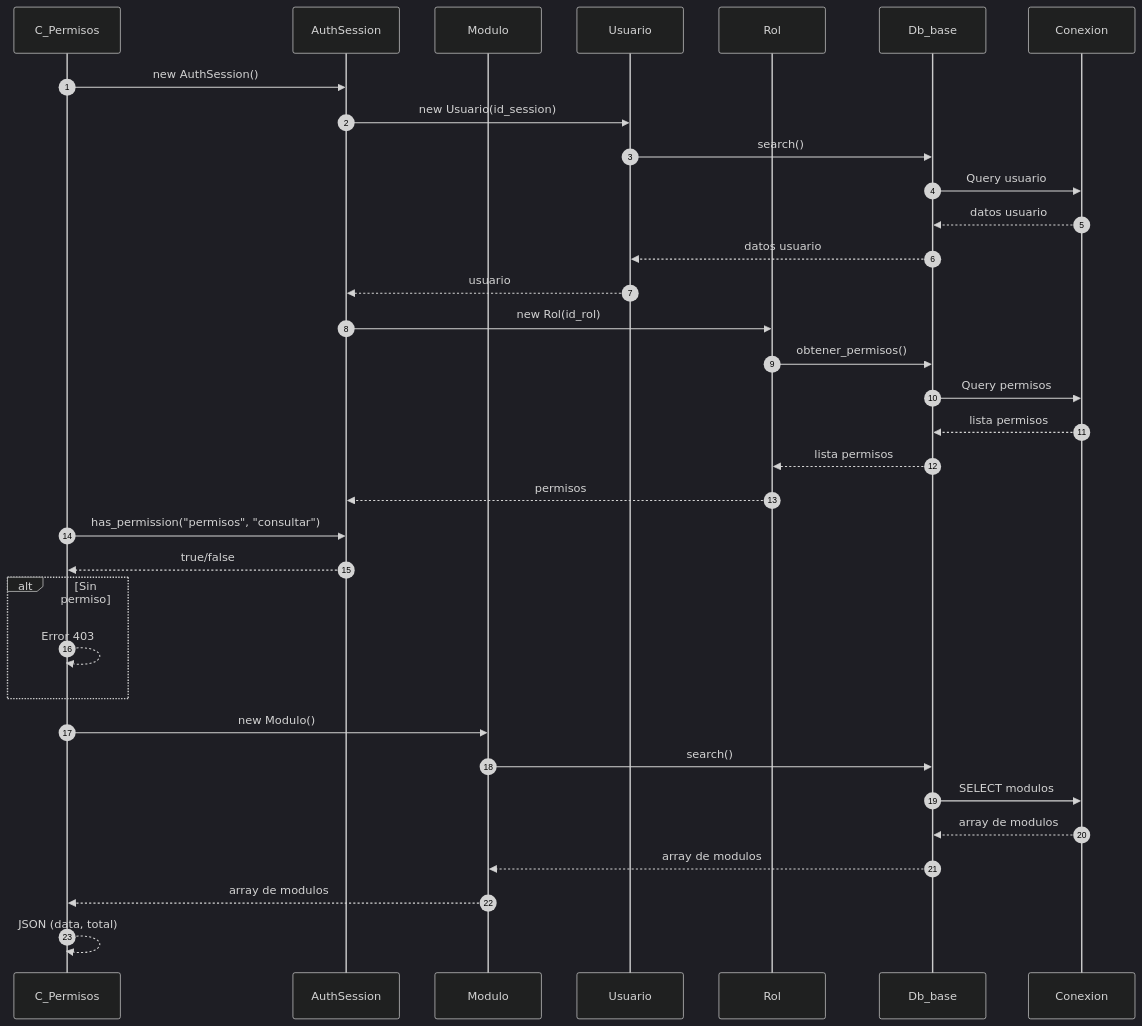
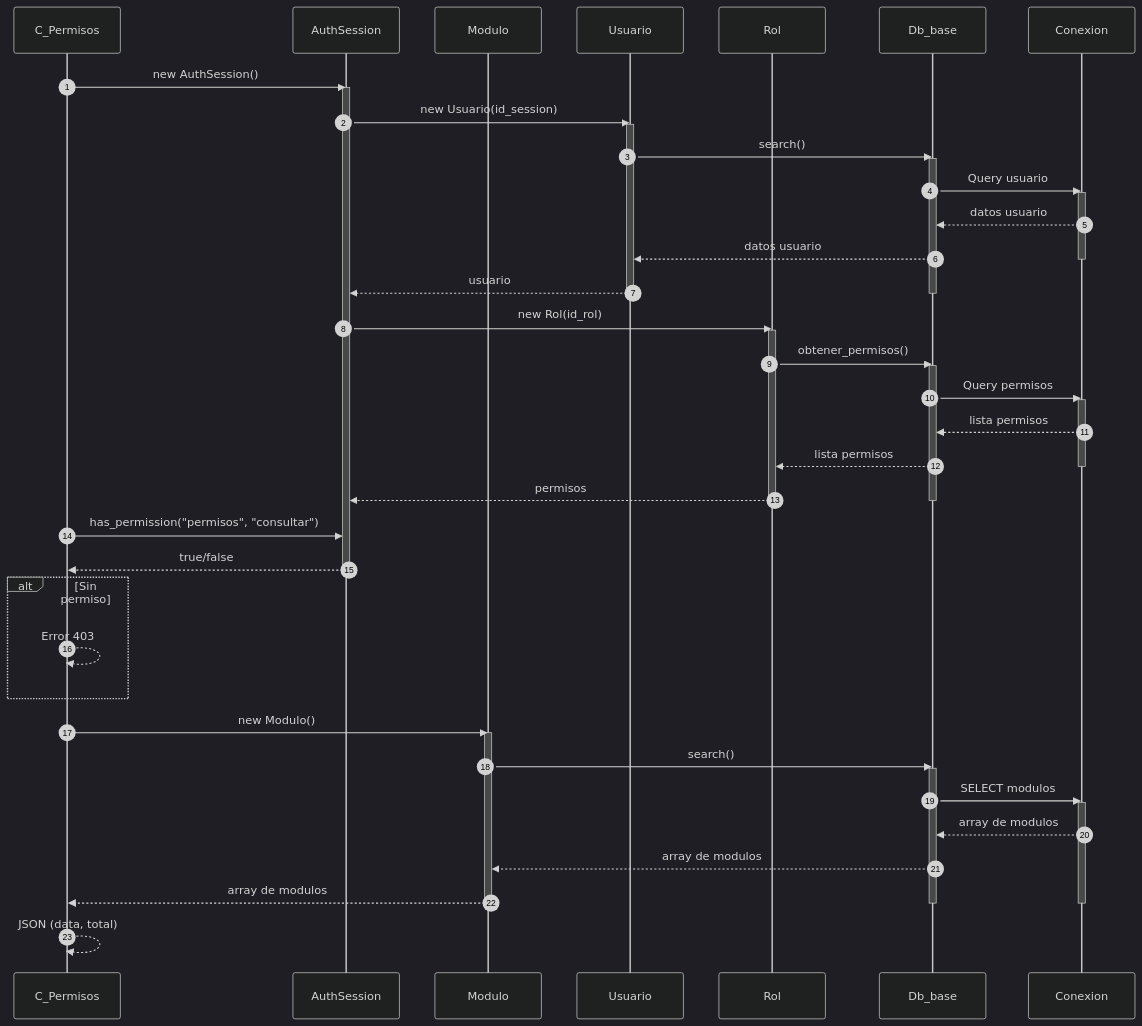
Before and after one commit to Tecrato/BurgerHouse: the first of 4 diagrams in docs/secuencia/permisos/permisos.md, drawn with Mermaid (dark theme). The commit also changed other lines of this file and 16 other files, not shown here.

First line of the commit message:
Annotate mermaid sequences & throttle generator

````diff
--- a/docs/secuencia/permisos/permisos.md
+++ b/docs/secuencia/permisos/permisos.md
@@ -5,42 +5,62 @@
 ```mermaid
 sequenceDiagram
     autonumber
     participant C_Permisos as C_Permisos
     participant AuthSession as AuthSession
     participant Modulo as Modulo
     participant Usuario as Usuario
     participant Rol as Rol
     participant Db_base as Db_base
     participant Conexion as Conexion
     
     C_Permisos->>AuthSession: new AuthSession()
+    activate AuthSession
     AuthSession->>Usuario: new Usuario(id_session)
+    activate Usuario
     Usuario->>Db_base: search()
+    activate Db_base
     Db_base->>Conexion: Query usuario
+    activate Conexion
     Conexion-->>Db_base: datos usuario
     Db_base-->>Usuario: datos usuario
+    deactivate Conexion
     Usuario-->>AuthSession: usuario
+    deactivate Usuario
+    deactivate Db_base
     
     AuthSession->>Rol: new Rol(id_rol)
+    activate Rol
     Rol->>Db_base: obtener_permisos()
+    activate Db_base
     Db_base->>Conexion: Query permisos
+    activate Conexion
     Conexion-->>Db_base: lista permisos
     Db_base-->>Rol: lista permisos
+    deactivate Conexion
     Rol-->>AuthSession: permisos
+    deactivate Rol
+    deactivate Db_base
     
     C_Permisos->>AuthSession: has_permission("permisos", "consultar")
     AuthSession-->>C_Permisos: true/false
+    deactivate AuthSession
     
     alt Sin permiso
         C_Permisos-->>C_Permisos: Error 403
     end
     
     C_Permisos->>Modulo: new Modulo()
+    activate Modulo
     Modulo->>Db_base: search()
+    activate Db_base
     Db_base->>Conexion: SELECT modulos
+    activate Conexion
     Conexion-->>Db_base: array de modulos
     Db_base-->>Modulo: array de modulos
     Modulo-->>C_Permisos: array de modulos
+    deactivate Modulo
+    deactivate Conexion
+    deactivate Db_base
     
     C_Permisos-->>C_Permisos: JSON (data, total)
 ```
````
